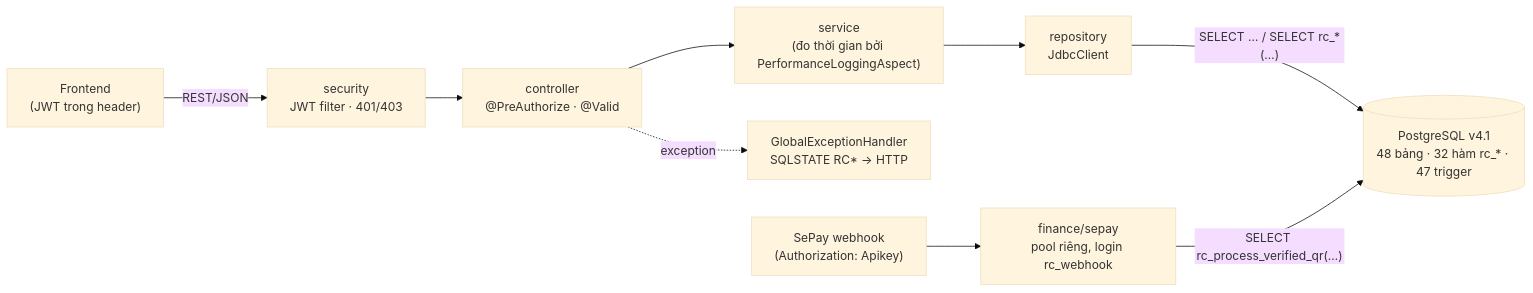
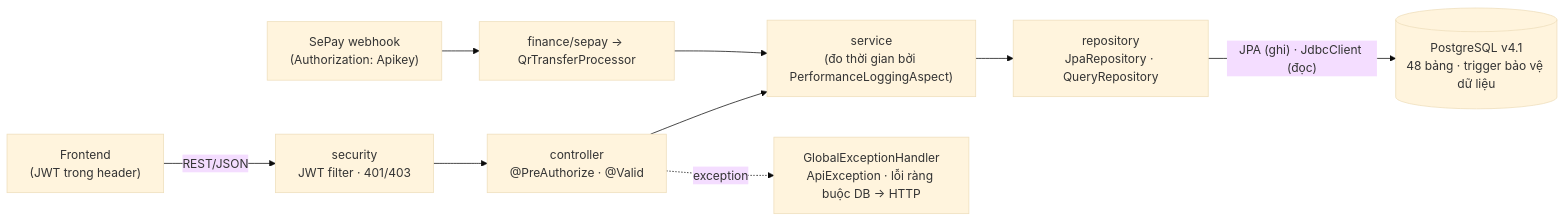
The first of 2 diagrams in docs/backend/ARCHITECTURE.md (Anpham120/restaurant-management-system), drawn with Mermaid (base theme) before and after one commit. The commit also changed other lines of this file and 269 other files, not shown here.

First line of the commit message:
Chuyển nghiệp vụ từ hàm SQL lên tầng Service Java theo chuẩn Spring Boot

````diff
--- a/docs/backend/ARCHITECTURE.md
+++ b/docs/backend/ARCHITECTURE.md
@@ -20,11 +22,11 @@
 ```mermaid
 flowchart LR
     FE["Frontend<br/>(JWT trong header)"] -->|REST/JSON| SEC["security<br/>JWT filter · 401/403"]
     SEC --> C["controller<br/>@PreAuthorize · @Valid"]
     C --> S["service<br/>(đo thời gian bởi PerformanceLoggingAspect)"]
-    S --> R["repository<br/>JdbcClient"]
-    R -->|"SELECT … / SELECT rc_*(…)"| DB[("PostgreSQL v4.1<br/>48 bảng · 32 hàm rc_* · 47 trigger")]
-    C -. exception .-> GEH["GlobalExceptionHandler<br/>SQLSTATE RC* → HTTP"]
-    SEPAY["SePay webhook<br/>(Authorization: Apikey)"] --> WH["finance/sepay<br/>pool riêng, login rc_webhook"]
-    WH -->|"SELECT rc_process_verified_qr(…)"| DB
+    S --> R["repository<br/>JpaRepository · QueryRepository"]
+    R -->|"JPA (ghi) · JdbcClient (đọc)"| DB[("PostgreSQL v4.1<br/>48 bảng · trigger bảo vệ dữ liệu")]
+    C -. exception .-> GEH["GlobalExceptionHandler<br/>ApiException · lỗi ràng buộc DB → HTTP"]
+    SEPAY["SePay webhook<br/>(Authorization: Apikey)"] --> WH["finance/sepay → QrTransferProcessor"]
+    WH --> S
 ```
````
